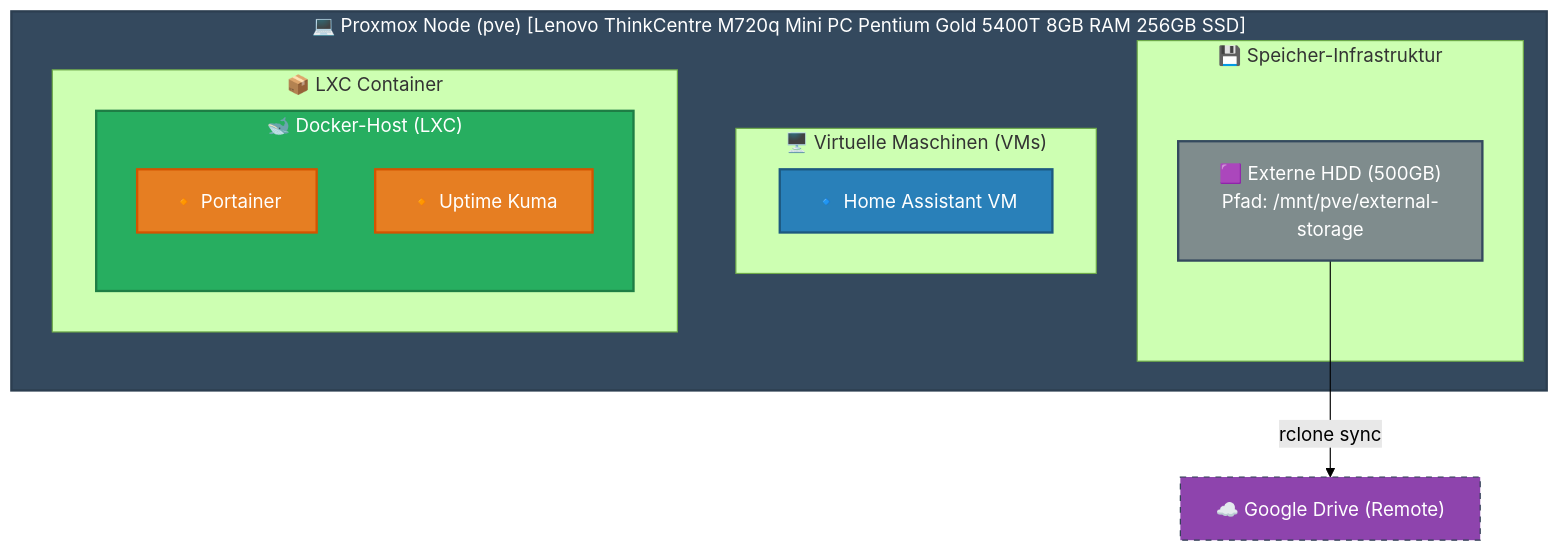
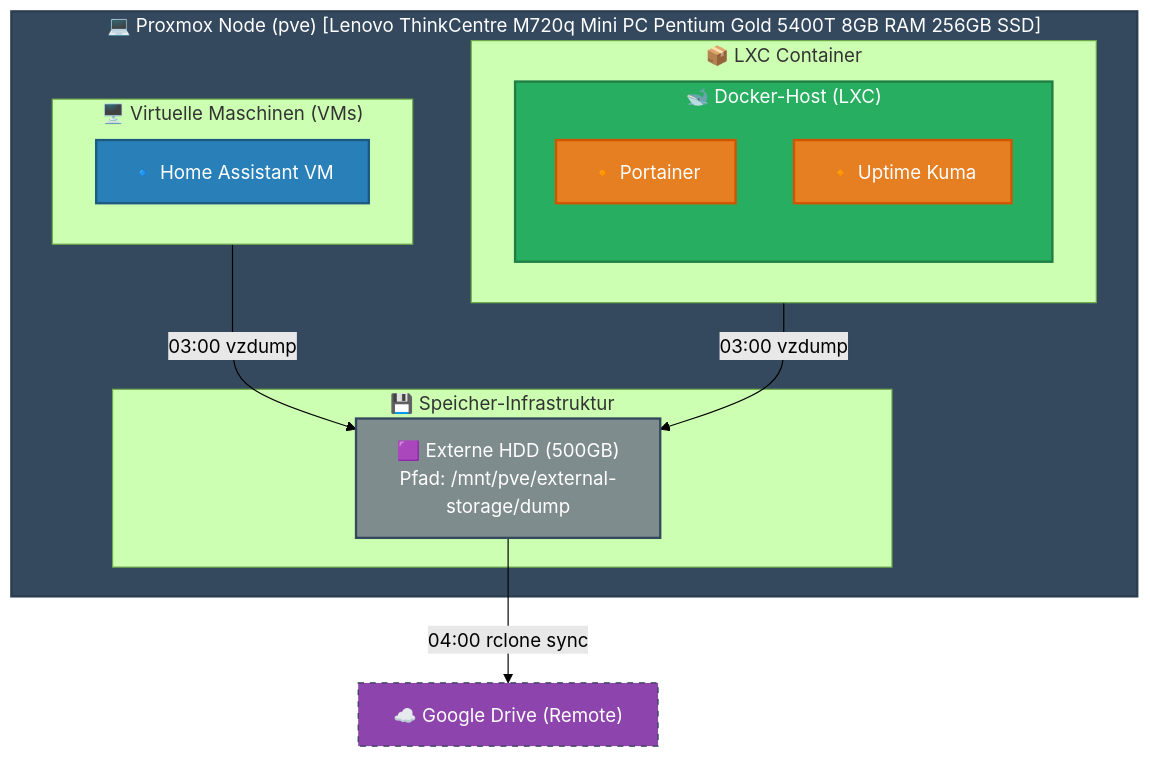
The fourth of 7 diagrams in README.md (mxpfister/homelab-architecture), drawn with Mermaid (forest theme) before and after one commit. The commit also changed other lines of this file, not shown here.

````diff
--- a/README.md
+++ b/README.md
@@ -166,37 +194,39 @@
 ```mermaid
 graph TB
     %% Styling
     classDef pveNode fill:#34495e,stroke:#2c3e50,stroke-width:2px,color:#fff;
     classDef vmStyle fill:#2980b9,stroke:#1c5980,stroke-width:2px,color:#fff;
     classDef lxcStyle fill:#27ae60,stroke:#1e7e45,stroke-width:2px,color:#fff;
     classDef dockerStyle fill:#e67e22,stroke:#d35400,stroke-width:2px,color:#fff;
     classDef storageStyle fill:#7f8c8d,stroke:#34495e,stroke-width:2px,color:#fff;
     classDef extStyle fill:#8e44ad,stroke:#2c3e50,stroke-dasharray: 5 5,color:#fff;
 
     subgraph PVE_LEI ["💻 Proxmox Node (pve) [Lenovo ThinkCentre M720q Mini PC Pentium Gold 5400T 8GB RAM 256GB SSD]"]
         
         subgraph Storage_LEI ["💾 Speicher-Infrastruktur"]
-            HDD_LEI["🟪 Externe HDD (500GB)<br>Pfad: /mnt/pve/external-storage"]:::storageStyle
+            HDD_LEI["🟪 Externe HDD (500GB)<br>Pfad: /mnt/pve/external-storage/dump"]:::storageStyle
         end
 
         subgraph VMs_LEI ["🖥️ Virtuelle Maschinen (VMs)"]
             HA_LEI["🔹 Home Assistant VM"]:::vmStyle
         end
 
         subgraph LXCs_LEI ["📦 LXC Container"]
             subgraph DockerLXC_LEI ["🐋 Docker-Host (LXC)"]
                 Portainer_LEI["🔸 Portainer"]:::dockerStyle
                 Uptime_LEI["🔸 Uptime Kuma"]:::dockerStyle
             end
             class DockerLXC_LEI lxcStyle;
         end
     end
 
     %% Externe Verbindungen
     GDrive_LEI["☁️ Google Drive (Remote)"]:::extStyle
     
     %% Datenpfade
-    HDD_LEI -->|rclone sync| GDrive_LEI
+    VMs_LEI -->|03:00 vzdump| HDD_LEI
+    LXCs_LEI -->|03:00 vzdump| HDD_LEI
+    HDD_LEI -->|04:00 rclone sync| GDrive_LEI
     
     class PVE_LEI pveNode;
 ```
````
